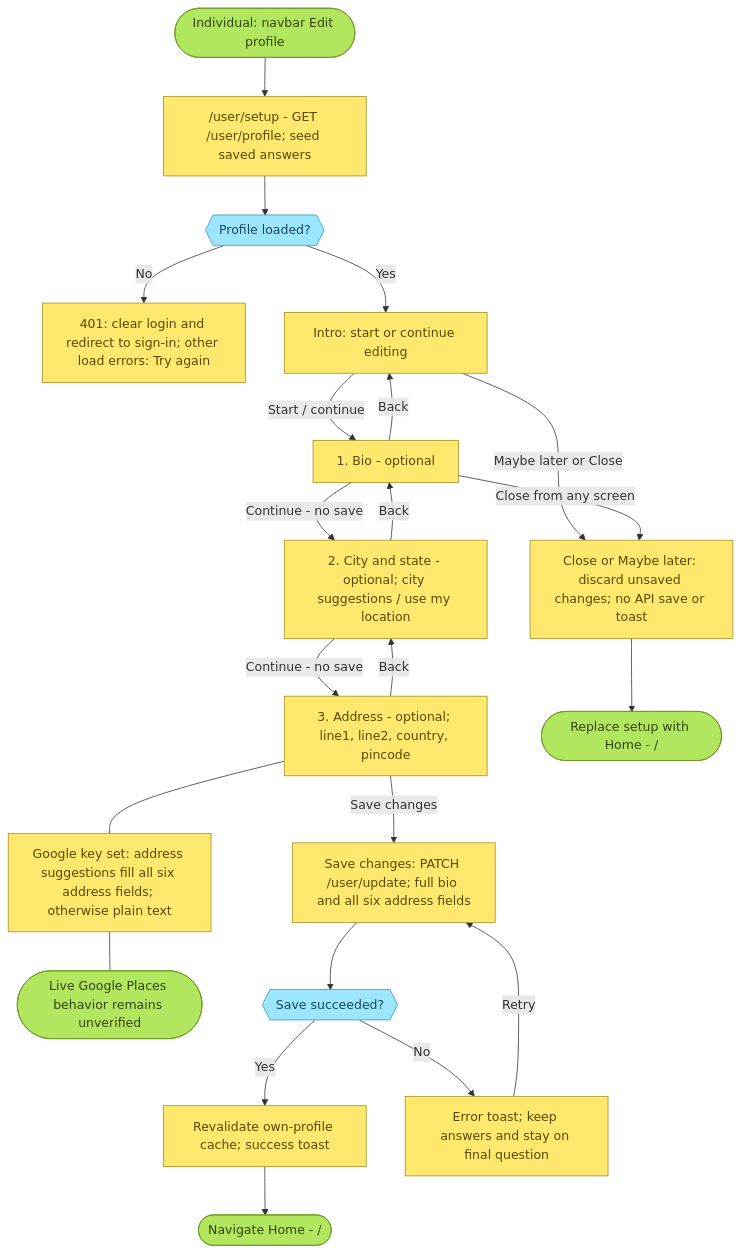
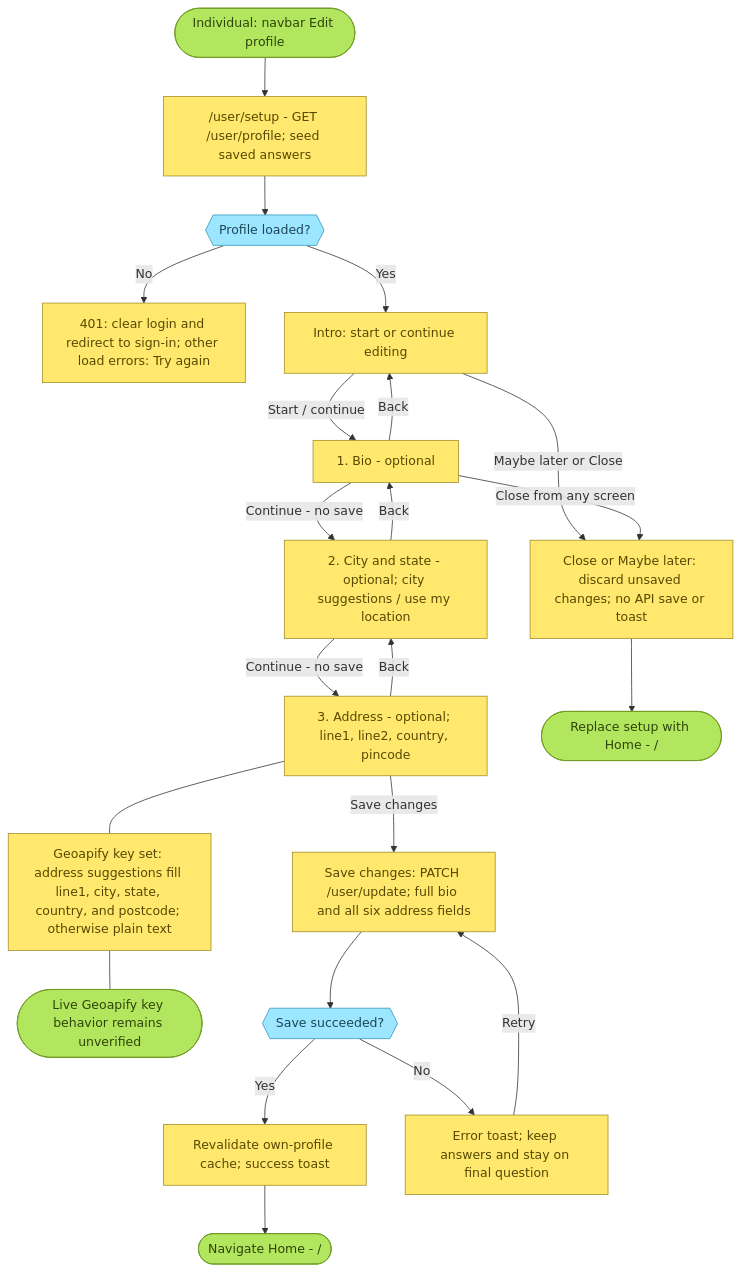
The third of 7 diagrams in docs/specs/user-flows.md (karmacircleCommunity/KarmaCircle), drawn with Mermaid before and after one commit. The commit also changed 10 other files, not shown here.

````diff
--- a/docs/specs/user-flows.md
+++ b/docs/specs/user-flows.md
@@ -158,41 +158,41 @@
 ```mermaid
 flowchart TD
     classDef general fill:#FFE86D,stroke:#A28E26,color:#574900
     classDef decision fill:#9CE6FF,stroke:#2C97BB,color:#1C4657
     classDef terminator fill:#B3E65F,stroke:#6E9A24,color:#2F440B
 
     p_start(["Individual: navbar Edit profile"]):::terminator
     p_load["/user/setup - GET /user/profile; seed saved answers"]:::general
     p_loaded{{"Profile loaded?"}}:::decision
     p_auth["401: clear login and redirect to sign-in; other load errors: Try again"]:::general
     p_intro["Intro: start or continue editing"]:::general
     p_bio["1. Bio - optional"]:::general
     p_city["2. City and state - optional; city suggestions / use my location"]:::general
     p_address["3. Address - optional; line1, line2, country, pincode"]:::general
-    p_places["Google key set: address suggestions fill all six address fields; otherwise plain text"]:::general
-    p_google_gap(["Live Google Places behavior remains unverified"]):::terminator
+    p_places["Geoapify key set: address suggestions fill line1, city, state, country, and postcode; otherwise plain text"]:::general
+    p_google_gap(["Live Geoapify key behavior remains unverified"]):::terminator
     p_save["Save changes: PATCH /user/update; full bio and all six address fields"]:::general
     p_ok{{"Save succeeded?"}}:::decision
     p_refresh["Revalidate own-profile cache; success toast"]:::general
     p_profile(["Navigate Home - /"]):::terminator
     p_retry["Error toast; keep answers and stay on final question"]:::general
     p_close["Close or Maybe later: discard unsaved changes; no API save or toast"]:::general
     p_return(["Replace setup with Home - /"]):::terminator
 
     p_start --> p_load --> p_loaded
     p_loaded -->|"No"| p_auth
     p_loaded -->|"Yes"| p_intro
     p_intro -->|"Start / continue"| p_bio
     p_intro -->|"Maybe later or Close"| p_close
     p_bio -->|"Continue - no save"| p_city
     p_city -->|"Continue - no save"| p_address
     p_address -->|"Save changes"| p_save --> p_ok
     p_city -->|"Back"| p_bio
     p_address -->|"Back"| p_city
     p_bio -->|"Back"| p_intro
     p_address --- p_places --- p_google_gap
     p_ok -->|"Yes"| p_refresh --> p_profile
     p_ok -->|"No"| p_retry -->|"Retry"| p_save
     p_bio -->|"Close from any screen"| p_close
     p_close --> p_return
 ```
````
